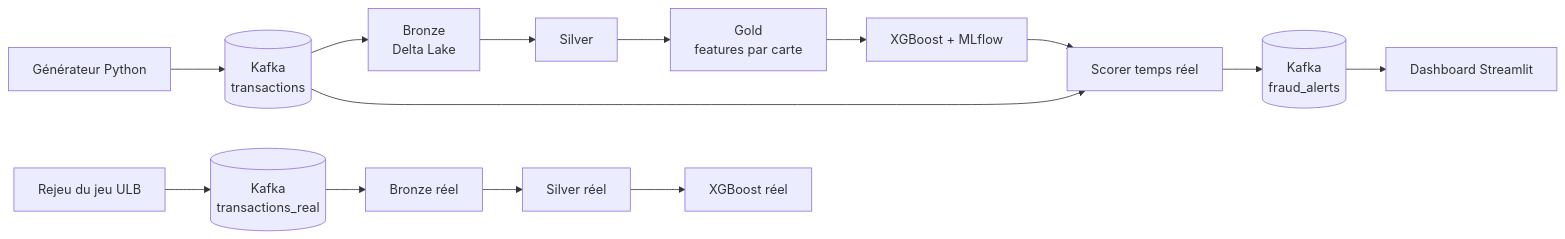
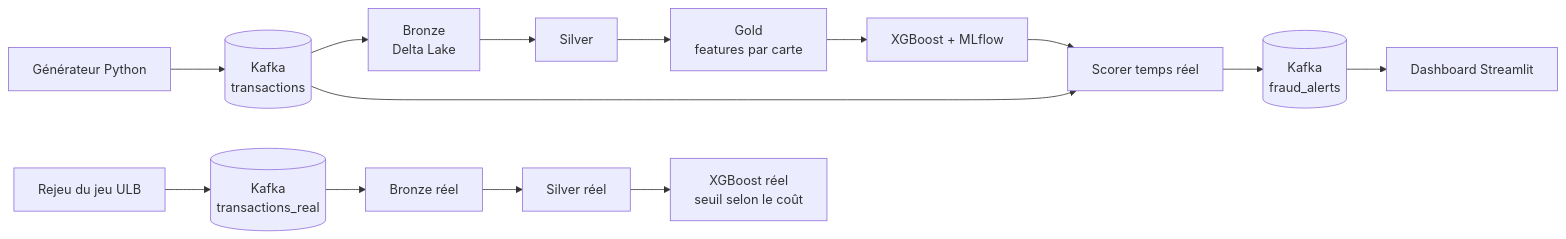
One commit to Hiba-MHADA/fraud-lakehouse changed the diagram in README.md. Above: the diagram before and after it, drawn with Mermaid. The commit also changed other lines of this file, not shown here.

````diff
--- a/README.md
+++ b/README.md
@@ -11,16 +11,16 @@
 ```mermaid
 flowchart LR
     G[Générateur Python] --> K[(Kafka<br/>transactions)]
     K --> B[Bronze<br/>Delta Lake]
     B --> S[Silver]
     S --> Go[Gold<br/>features par carte]
     Go --> M[XGBoost + MLflow]
     K --> SC[Scorer temps réel]
     M --> SC
     SC --> A[(Kafka<br/>fraud_alerts)]
     A --> D[Dashboard Streamlit]
     R[Rejeu du jeu ULB] --> KR[(Kafka<br/>transactions_real)]
     KR --> BR[Bronze réel]
     BR --> SR[Silver réel]
-    SR --> MR[XGBoost réel]
+    SR --> MR[XGBoost réel<br/>seuil selon le coût]
 ```
````
